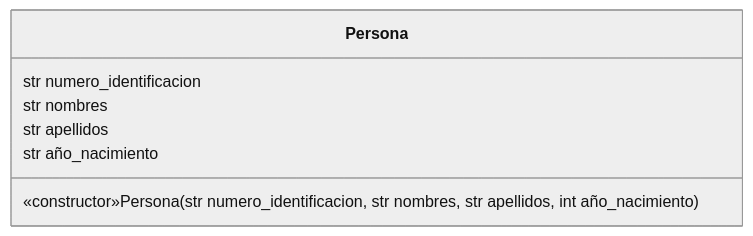
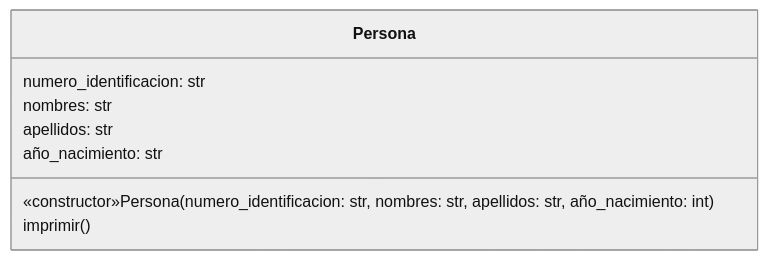
Before and after one commit to Kolozuz/oop_unal_202501_act2: the diagram in Ejercicio1/README.md, drawn with Mermaid (neutral theme).

Commit message:
feat: tweak attributes' type syntax as per conventions

````diff
--- a/Ejercicio1/README.md
+++ b/Ejercicio1/README.md
@@ -5,11 +5,12 @@
 ```mermaid
 classDiagram
     class Persona {
-        str numero_identificacion
-        str nombres
-        str apellidos
-        str año_nacimiento
+        numero_identificacion: str
+        nombres: str
+        apellidos: str
+        año_nacimiento: str
         
-        «constructor»Persona(str numero_identificacion, str nombres, str apellidos, int año_nacimiento)
+        «constructor»Persona(numero_identificacion: str, nombres: str, apellidos: str, año_nacimiento: int)
+        imprimir()
     }
 ```
````
